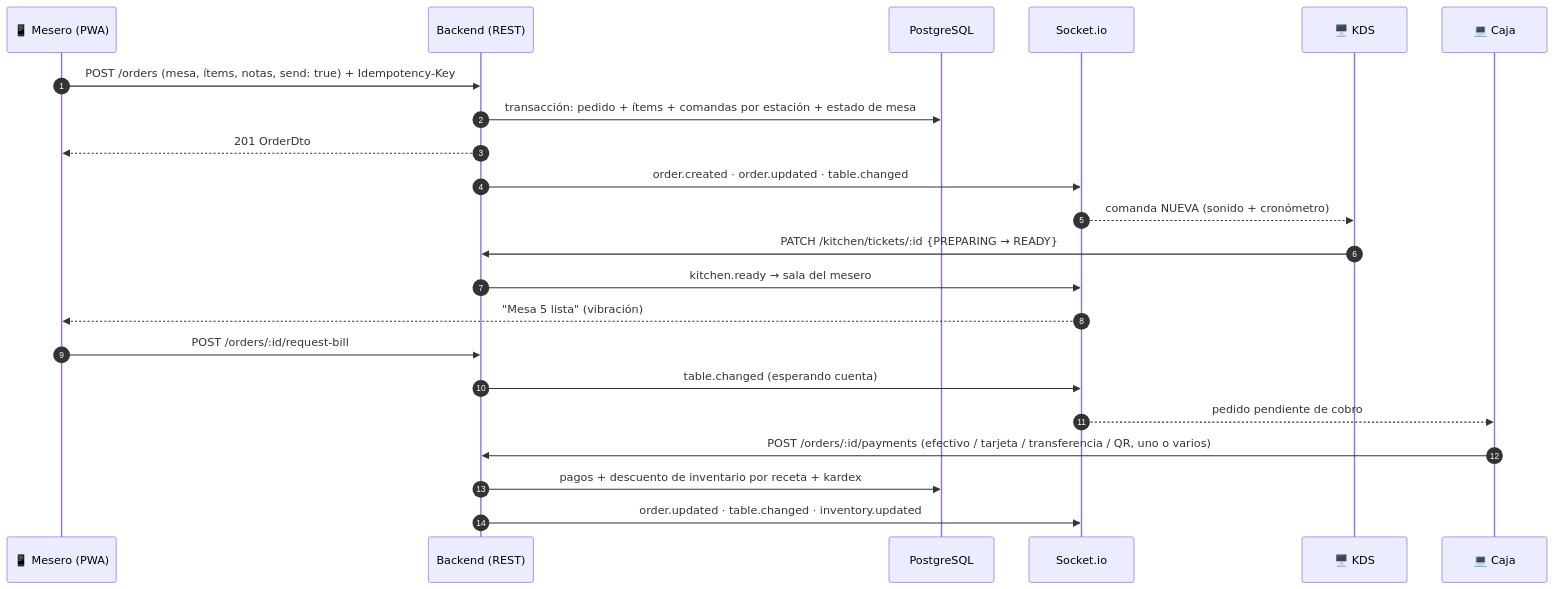
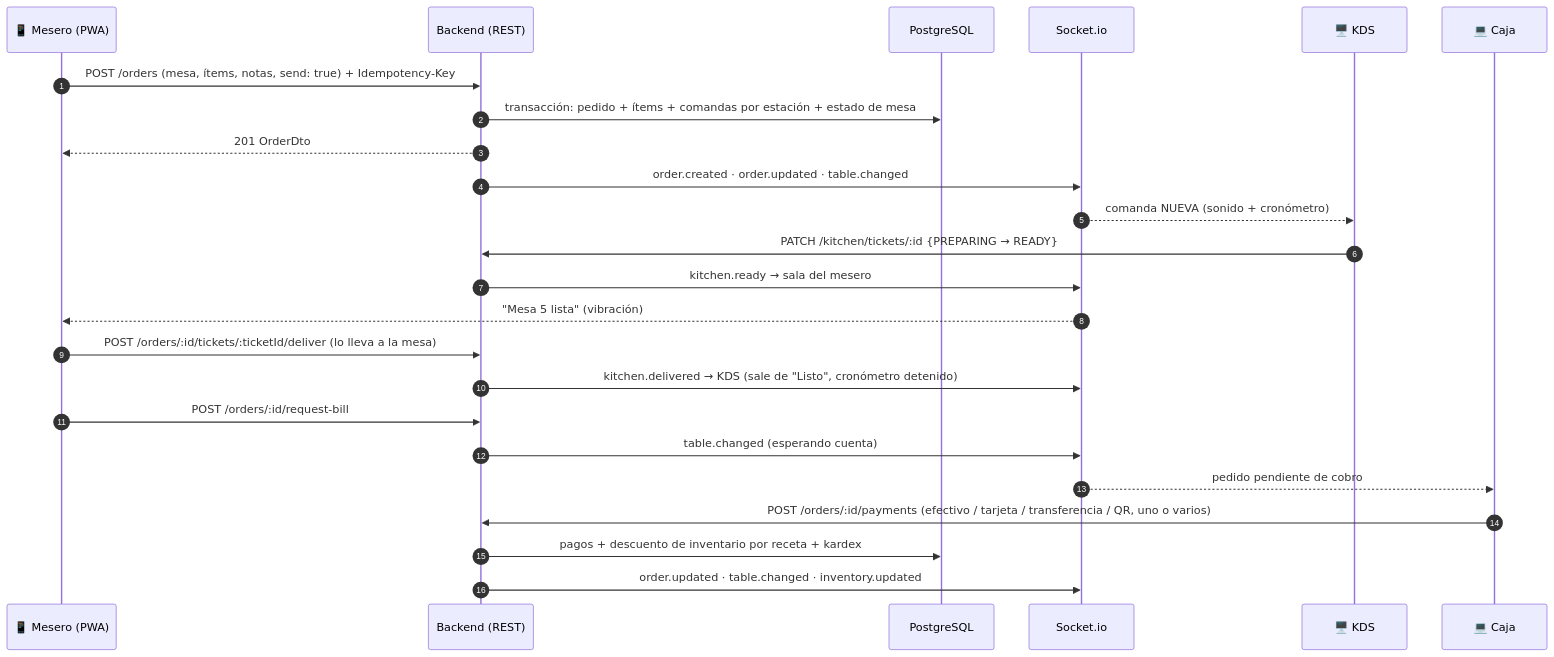
Before and after one commit to dante312w/Karbon: the third of 3 diagrams in docs/ARCHITECTURE.md, drawn with Mermaid. The commit also changed other lines of this file and 41 other files, not shown here.

````diff
--- a/docs/ARCHITECTURE.md
+++ b/docs/ARCHITECTURE.md
@@ -105,25 +105,27 @@
 ```mermaid
 sequenceDiagram
   autonumber
   participant W as 📱 Mesero (PWA)
   participant API as Backend (REST)
   participant DB as PostgreSQL
   participant WS as Socket.io
   participant K as 🖥️ KDS
   participant C as 💻 Caja
 
   W->>API: POST /orders (mesa, ítems, notas, send: true) + Idempotency-Key
   API->>DB: transacción: pedido + ítems + comandas por estación + estado de mesa
   API-->>W: 201 OrderDto
   API->>WS: order.created · order.updated · table.changed
   WS-->>K: comanda NUEVA (sonido + cronómetro)
   K->>API: PATCH /kitchen/tickets/:id {PREPARING → READY}
   API->>WS: kitchen.ready → sala del mesero
   WS-->>W: "Mesa 5 lista" (vibración)
+  W->>API: POST /orders/:id/tickets/:ticketId/deliver (lo lleva a la mesa)
+  API->>WS: kitchen.delivered → KDS (sale de "Listo", cronómetro detenido)
   W->>API: POST /orders/:id/request-bill
   API->>WS: table.changed (esperando cuenta)
   WS-->>C: pedido pendiente de cobro
   C->>API: POST /orders/:id/payments (efectivo / tarjeta / transferencia / QR, uno o varios)
   API->>DB: pagos + descuento de inventario por receta + kardex
   API->>WS: order.updated · table.changed · inventory.updated
 ```
````
